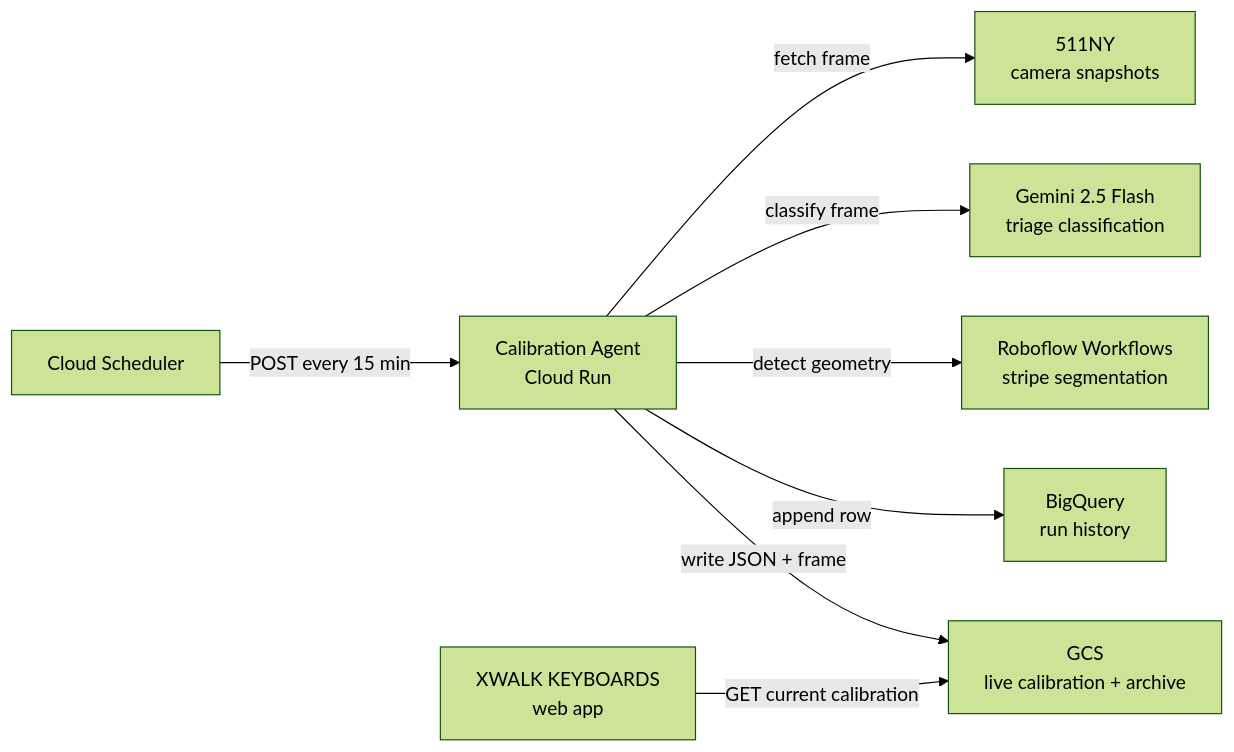
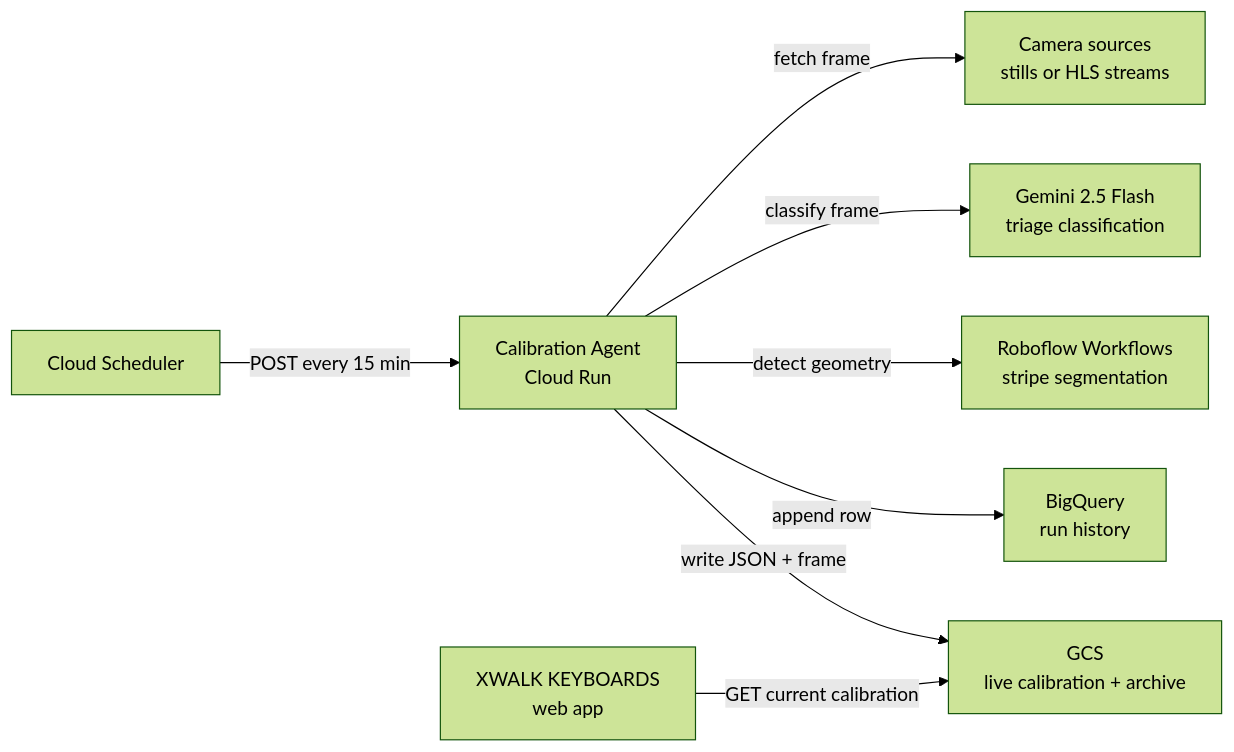
One commit to vinceallenvince/xwalk-camera-calibration-agent changed the diagram in docs/architecture.md. Above: the diagram before and after it, drawn with Mermaid (forest theme). The commit also changed other lines of this file and 1 other file, not shown here.

First line of the commit message:
docs: describe camera frame sources abstractly

````diff
--- a/docs/architecture.md
+++ b/docs/architecture.md
@@ -70,19 +70,19 @@
 ```mermaid
 flowchart LR
   Scheduler["Cloud Scheduler"]
   Agent["Calibration Agent\nCloud Run"]
-  NY["511NY\ncamera snapshots"]
+  Cams["Camera sources\nstills or HLS streams"]
   Gemini["Gemini 2.5 Flash\ntriage classification"]
   RF["Roboflow Workflows\nstripe segmentation"]
   BQ["BigQuery\nrun history"]
   GCS["GCS\nlive calibration + archive"]
   Web["XWALK KEYBOARDS\nweb app"]
 
   Scheduler -->|"POST every 15 min"| Agent
-  Agent -->|"fetch frame"| NY
+  Agent -->|"fetch frame"| Cams
   Agent -->|"classify frame"| Gemini
   Agent -->|"detect geometry"| RF
   Agent -->|"append row"| BQ
   Agent -->|"write JSON + frame"| GCS
   Web -->|"GET current calibration"| GCS
 ```
````
